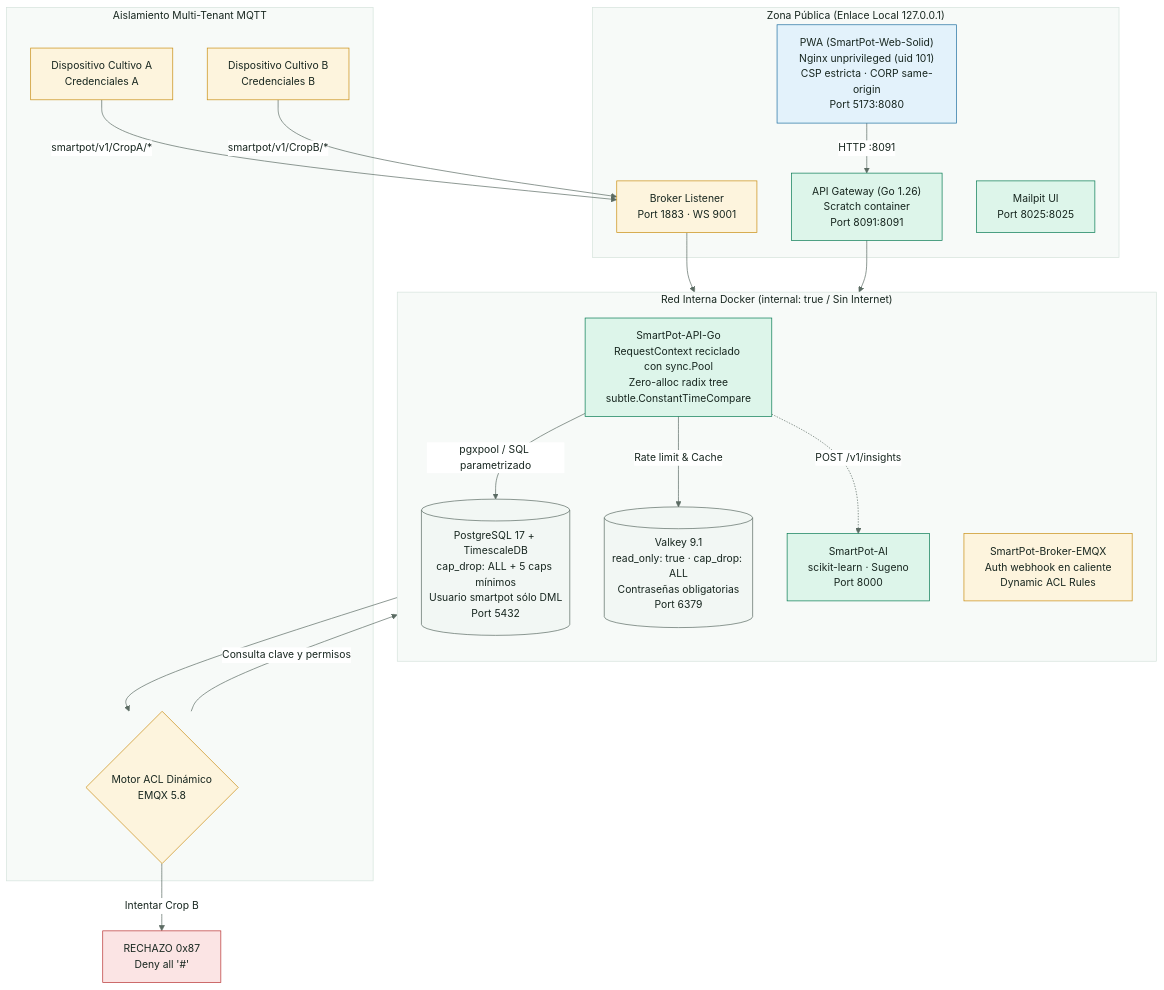
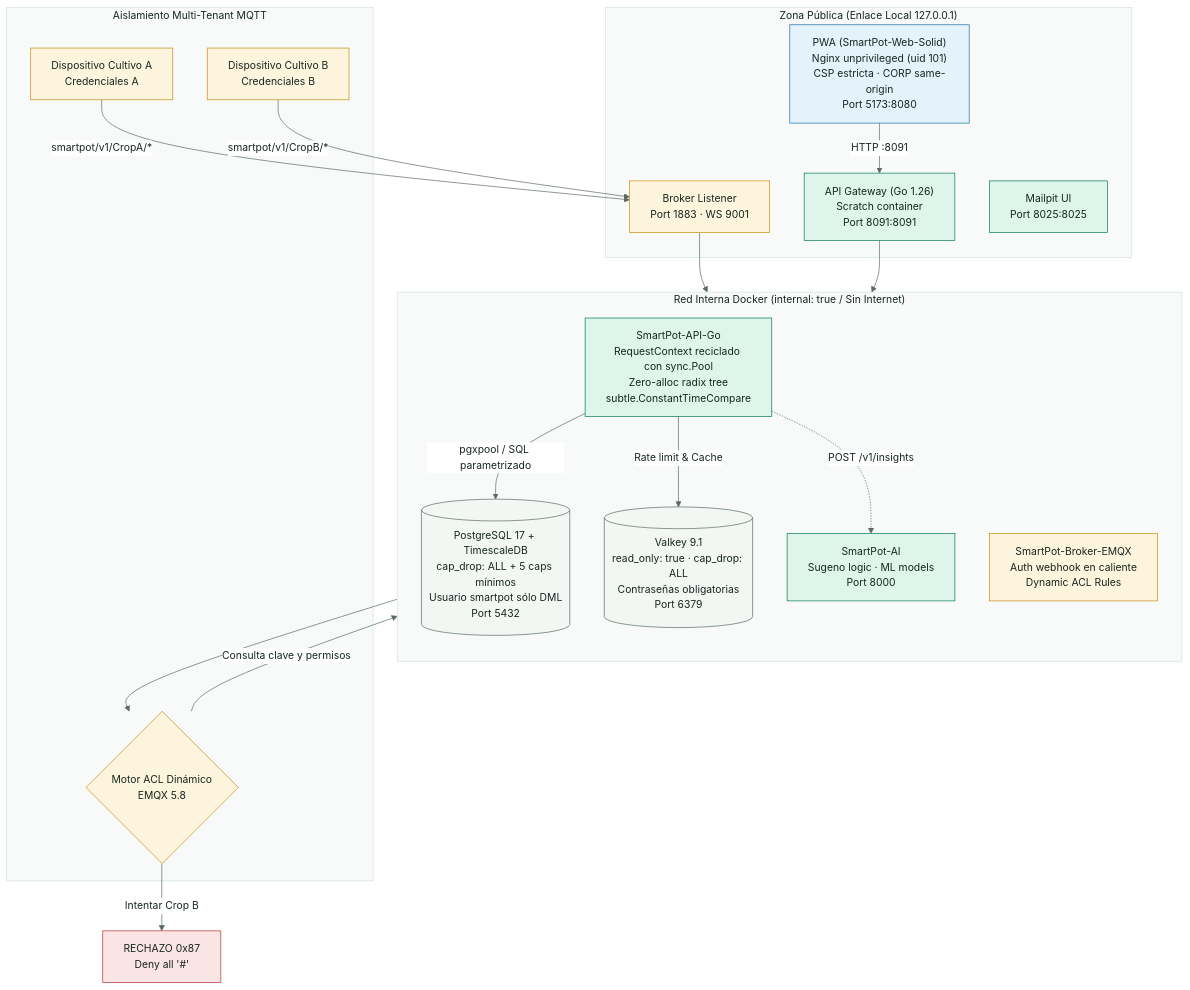
The fourth of 4 diagrams in docs/SmartPot_QA_Audit_AB.md (SmartPotTech/.github), drawn with Mermaid before and after one commit. The commit also changed other lines of this file and 1 other file, not shown here.

````diff
--- a/docs/SmartPot_QA_Audit_AB.md
+++ b/docs/SmartPot_QA_Audit_AB.md
@@ -319,50 +485,50 @@
 ```mermaid
 %%{init: {"theme": "base", "fontFamily": "Segoe UI, Arial, sans-serif", "themeVariables": {"fontFamily": "Segoe UI, Arial, sans-serif", "fontSize": "15px", "primaryColor": "#DDF5EA", "primaryTextColor": "#17261F", "primaryBorderColor": "#067A52", "secondaryColor": "#E3F2FB", "secondaryTextColor": "#17261F", "secondaryBorderColor": "#1F6FA0", "tertiaryColor": "#F2F7F4", "tertiaryTextColor": "#17261F", "tertiaryBorderColor": "#D5E3DC", "lineColor": "#5B6B63", "textColor": "#17261F", "mainBkg": "#DDF5EA", "nodeBorder": "#067A52", "clusterBkg": "#F7FAF8", "clusterBorder": "#D5E3DC", "edgeLabelBackground": "#FFFFFF", "actorBkg": "#067A52", "actorBorder": "#0B3D2B", "actorTextColor": "#FFFFFF", "actorLineColor": "#5B6B63", "signalColor": "#17261F", "signalTextColor": "#17261F", "labelBoxBkgColor": "#0B3D2B", "labelBoxBorderColor": "#0B3D2B", "labelTextColor": "#FFFFFF", "loopTextColor": "#0B3D2B", "noteBkgColor": "#FDF4DD", "noteBorderColor": "#C98D12", "noteTextColor": "#17261F", "activationBkgColor": "#DDF5EA", "activationBorderColor": "#067A52", "attributeBackgroundColorOdd": "#FFFFFF", "attributeBackgroundColorEven": "#F2F7F4"}}}%%
 flowchart TD
   subgraph PUBLIC_ZONE["Zona Pública (Enlace Local 127.0.0.1)"]
     PWA["PWA (SmartPot-Web-Solid)<br/>Nginx unprivileged (uid 101)<br/>CSP estricta · CORP same-origin<br/>Port 5173:8080"]
     API_PORT["API Gateway (Go 1.26)<br/>Scratch container<br/>Port 8091:8091"]
     BROKER_PORT["Broker Listener<br/>Port 1883 · WS 9001"]
     MAIL_PORT["Mailpit UI<br/>Port 8025:8025"]
   end
 
   subgraph INTERNAL_NETWORK["Red Interna Docker (internal: true / Sin Internet)"]
     direction TB
     API["SmartPot-API-Go<br/>RequestContext reciclado con sync.Pool<br/>Zero-alloc radix tree<br/>subtle.ConstantTimeCompare"]
     DB[("PostgreSQL 17 + TimescaleDB<br/>cap_drop: ALL + 5 caps mínimos<br/>Usuario smartpot sólo DML<br/>Port 5432")]
     VALKEY[("Valkey 9.1<br/>read_only: true · cap_drop: ALL<br/>Contraseñas obligatorias<br/>Port 6379")]
     EMQX["SmartPot-Broker-EMQX<br/>Auth webhook en caliente<br/>Dynamic ACL Rules"]
-    AI["SmartPot-AI<br/>scikit-learn · Sugeno<br/>Port 8000"]
+    AI["SmartPot-AI<br/>Sugeno logic · ML models<br/>Port 8000"]
   end
 
   subgraph DEVICE_ISOLATION["Aislamiento Multi-Tenant MQTT"]
     DEV_A["Dispositivo Cultivo A<br/>Credenciales A"]
     DEV_B["Dispositivo Cultivo B<br/>Credenciales B"]
     ACL_ENGINE{"Motor ACL Dinámico<br/>EMQX 5.8"}
   end
 
   PWA -->|HTTP :8091| API_PORT
   API_PORT --> API
   API -->|pgxpool / SQL parametrizado| DB
   API -->|Rate limit & Cache| VALKEY
   API -.->|POST /v1/insights| AI
 
   DEV_A -->|smartpot/v1/CropA/*| BROKER_PORT
   DEV_B -->|smartpot/v1/CropB/*| BROKER_PORT
   BROKER_PORT --> EMQX
   EMQX --> ACL_ENGINE
   ACL_ENGINE -->|Consulta clave y permisos| API
   ACL_ENGINE -- "Intentar Crop B" --> DENY["RECHAZO 0x87<br/>Deny all '#'"]
 
   classDef core fill:#DDF5EA,stroke:#067A52,color:#17261F
   classDef platform fill:#E3F2FB,stroke:#1F6FA0,color:#17261F
   classDef store fill:#F2F7F4,stroke:#5B6B63,color:#17261F
   classDef device fill:#FDF4DD,stroke:#C98D12,color:#17261F
   classDef alert fill:#FBE4E4,stroke:#B83232,color:#17261F
 
   class API,API_PORT core
   class PWA platform
   class DB,VALKEY store
   class EMQX,DEV_A,DEV_B,BROKER_PORT,ACL_ENGINE device
   class DENY alert
 ```
````
